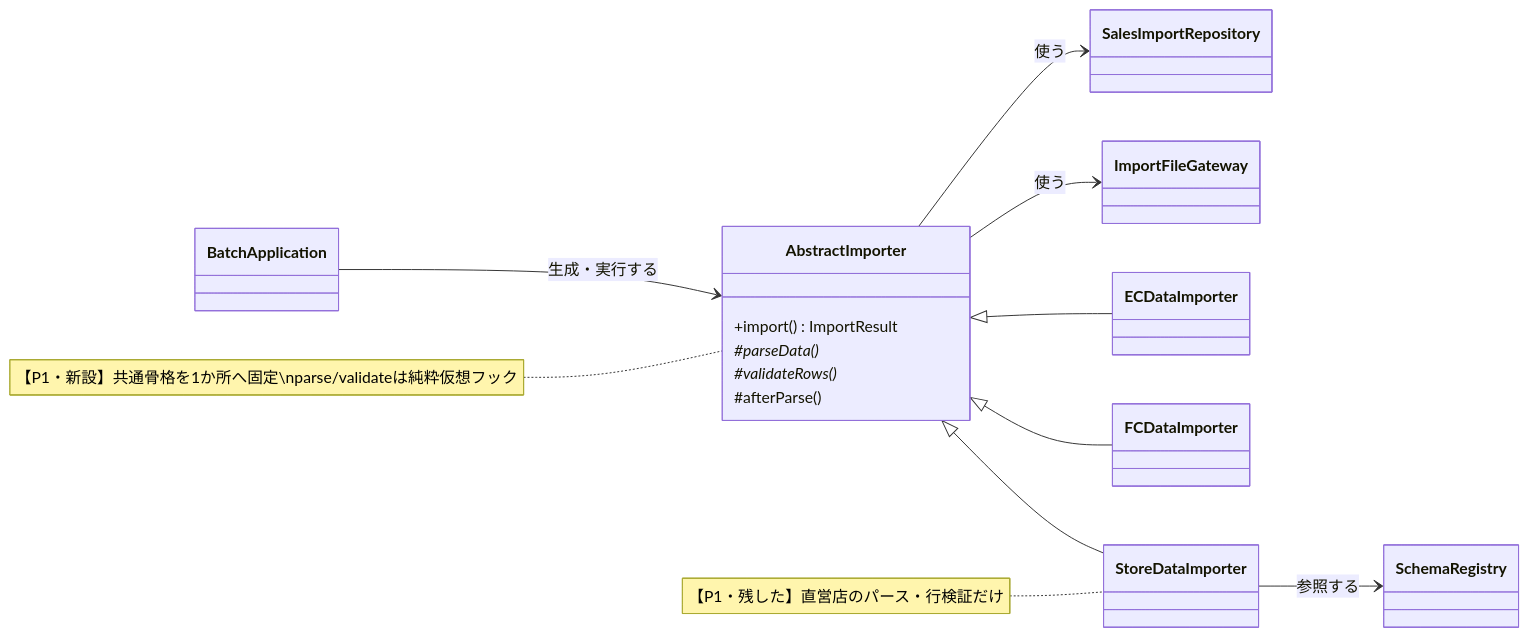
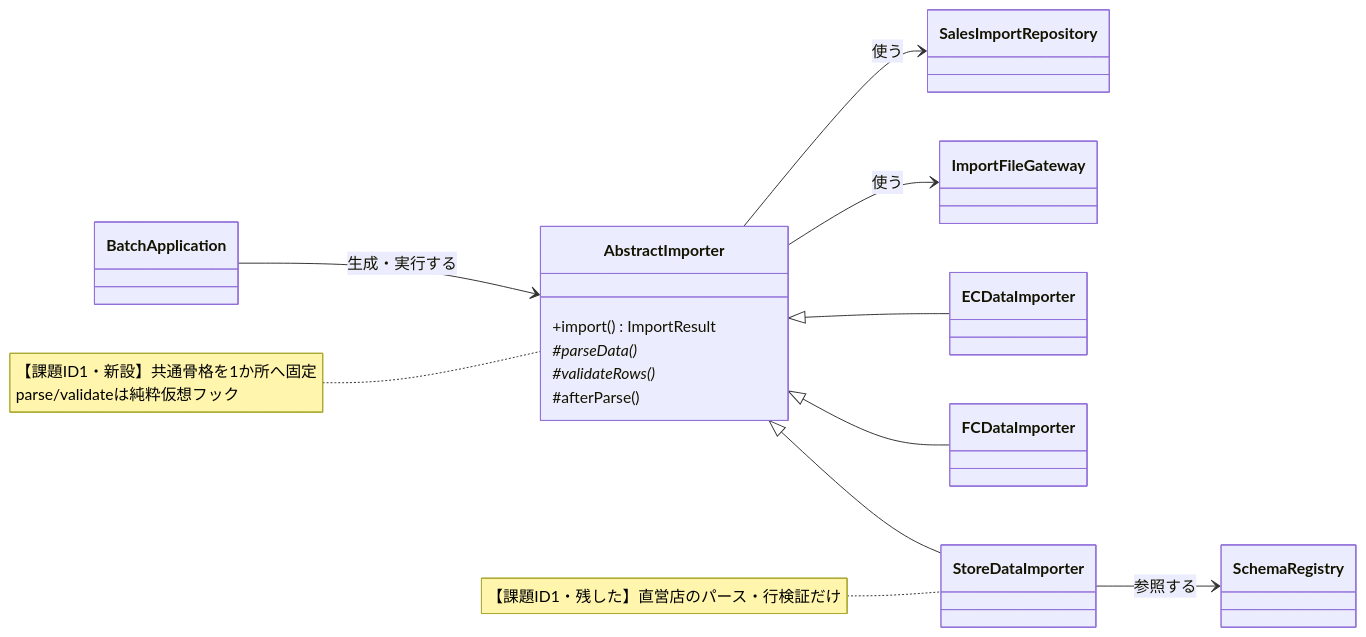
One commit to kumachan1101-pixel/DesignPattern changed the ninth of 16 diagrams in kindle/design-patterns/output/chapter04.md. Above: the diagram before and after it, drawn with Mermaid. The commit also changed other lines of this file and 43 other files, not shown here.

````diff
--- a/kindle/design-patterns/output/chapter04.md
+++ b/kindle/design-patterns/output/chapter04.md
@@ -1175,31 +1203,31 @@
 ```mermaid
 classDiagram
     direction LR
     class SchemaRegistry
     class ImportFileGateway
     class SalesImportRepository
     class BatchApplication
     class AbstractImporter {
         +import() ImportResult
         #parseData()*
         #validateRows()*
         #afterParse()
     }
     class StoreDataImporter
     class FCDataImporter
     class ECDataImporter
 
     AbstractImporter <|-- StoreDataImporter
     AbstractImporter <|-- FCDataImporter
     AbstractImporter <|-- ECDataImporter
     AbstractImporter --> ImportFileGateway : 使う
     AbstractImporter --> SalesImportRepository : 使う
     StoreDataImporter --> SchemaRegistry : 参照する
     BatchApplication --> AbstractImporter : 生成・実行する
 
-    note for AbstractImporter "【P1・新設】共通骨格を1か所へ固定\nparse/validateは純粋仮想フック"
-    note for StoreDataImporter "【P1・残した】直営店のパース・行検証だけ"
+    note for AbstractImporter "【課題ID1・新設】共通骨格を1か所へ固定<br/>parse/validateは純粋仮想フック"
+    note for StoreDataImporter "【課題ID1・残した】直営店のパース・行検証だけ"
 
     classDef focus fill:#FFF2CC,stroke:#D6B656,stroke-width:2px,color:#222222
     cssClass "AbstractImporter,StoreDataImporter,FCDataImporter,ECDataImporter" focus
 ```
````
